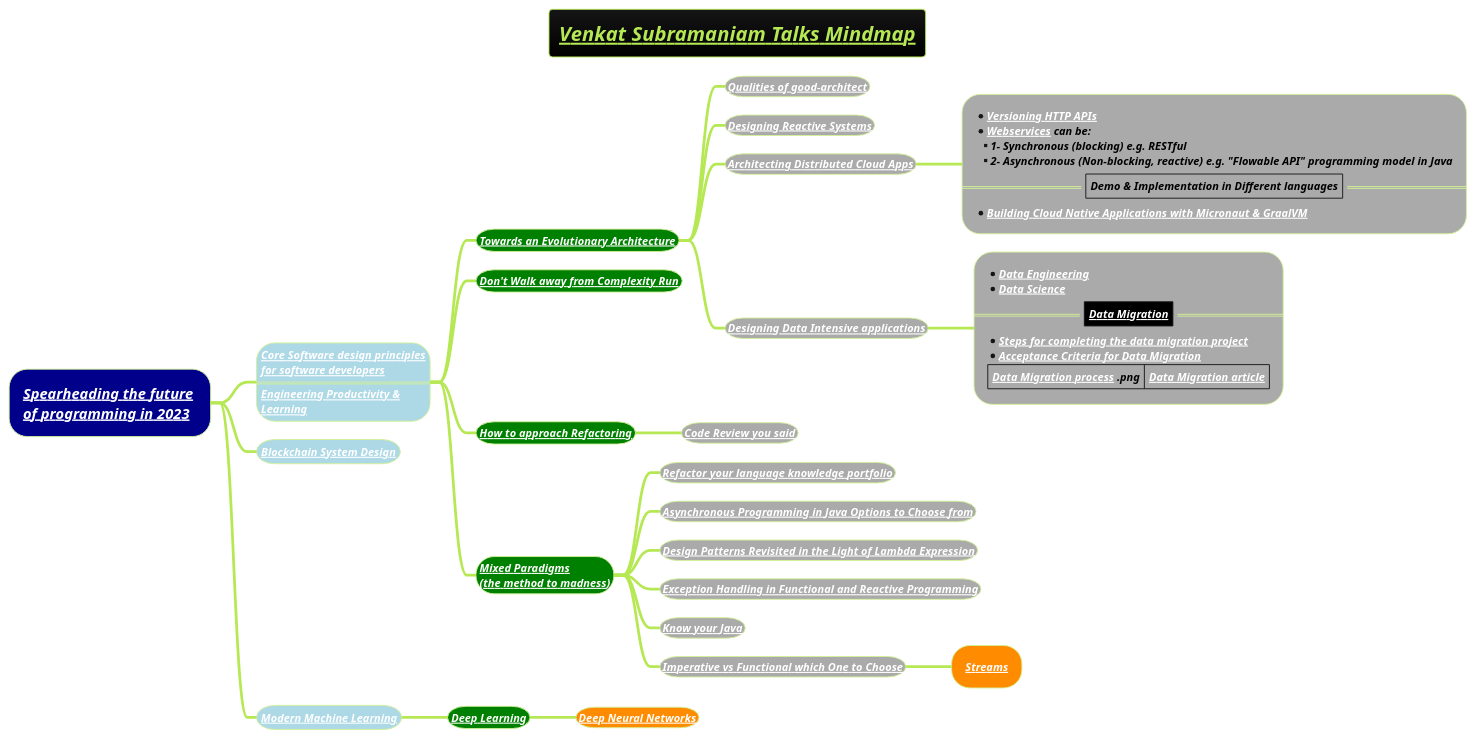
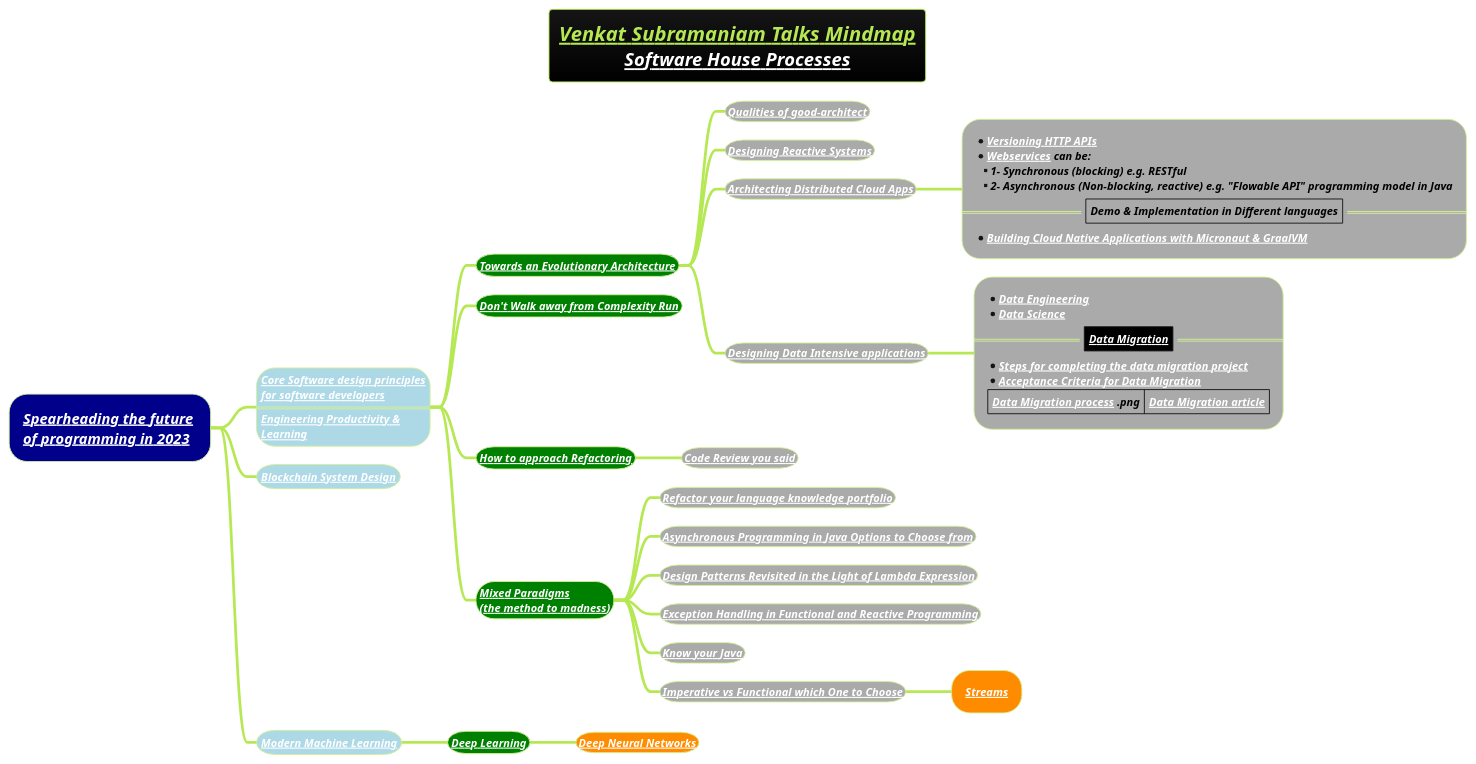
One commit to MehmoodHashmi/Documentation-as-Code-DaC changed the diagram in docs/3-programming-languages/Venkat-Subramaniam/venkat-talks-mindmap.puml. Above: the diagram before and after it, drawn with PlantUML. The commit also changed 6 other files, not shown here.

```diff
--- a/docs/3-programming-languages/Venkat-Subramaniam/venkat-talks-mindmap.puml
+++ b/docs/3-programming-languages/Venkat-Subramaniam/venkat-talks-mindmap.puml
@@ -1,48 +1,48 @@
 @startmindmap
-title =<i><b><u><size:18>Venkat Subramaniam Talks Mindmap
+title =<i><b><u><size:18>Venkat Subramaniam Talks Mindmap \n<i>[[docs/1-business-analyst/client-management/software-house/Software-House-Processes.puml Software House Processes]]
 !theme hacker
 
 *[#darkblue] <i><color #black>[[docs/3-programming-languages/Venkat-Subramaniam/Spearheading-the-future-of-programming-2023.puml Spearheading the future]] \n<i><color #black>[[docs/3-programming-languages/Venkat-Subramaniam/Spearheading-the-future-of-programming-2023.puml of programming in 2023]]
 **[#lightblue]:<color:white><i><size:12>[[docs/3-programming-languages/Venkat-Subramaniam/Core-Software-design-principles-for-software-developers.puml Core Software design principles]]
 <color:white><i><size:12>[[docs/3-programming-languages/Venkat-Subramaniam/Core-Software-design-principles-for-software-developers.puml for software developers]]
 ====
 <b><i><color #black><size:12>[[docs/3-programming-languages/Venkat-Subramaniam/Engineering-Productivity-and-Learning.puml Engineering Productivity &]]
 <b><i><color #black><size:12>[[docs/3-programming-languages/Venkat-Subramaniam/Engineering-Productivity-and-Learning.puml Learning]];
 
 ***[#green] <b><i><color #black><size:12>[[docs/3-programming-languages/Venkat-Subramaniam/Towards-an-Evolutionary-Architecture.puml Towards an Evolutionary Architecture]]
 ****[#a] <b><i><color #black><size:12>[[docs/3-programming-languages/Venkat-Subramaniam/Qualities-of-good-architect.puml Qualities of good-architect]]
 ****[#a] <b><i><color #black><size:12>[[docs/3-programming-languages/Venkat-Subramaniam/Designing-Reactive-Systems.puml Designing Reactive Systems]]
 ****[#a] <b><i><color #black><size:12>[[docs/3-programming-languages/Venkat-Subramaniam/Architecting-Distributed-Cloud-Apps.puml Architecting Distributed Cloud Apps]]
 *****[#a]:*<b><i><color #black><size:12>[[docs/3-programming-languages/Venkat-Subramaniam/Architecting-Distributed-Cloud-Apps.puml Versioning HTTP APIs]]
 *<b><i><color #black><size:12>[[docs/3-programming-languages/Venkat-Subramaniam/webservice.puml Webservices]] can be:
 **<b><i><color #black><size:12>1- Synchronous (blocking) e.g. RESTful
 **<b><i><color #black><size:12>2- Asynchronous (Non-blocking, reactive) e.g. "Flowable API" programming model in Java
 ==|<b><i><color #black><size:12>Demo & Implementation in Different languages|==
 *<b><i><color #black><size:12>[[docs/3-programming-languages/Venkat-Subramaniam/Building-Cloud-Native-Applications-with-Micronaut-and-GraalVM.puml Building Cloud Native Applications with Micronaut & GraalVM]];
 ****[#a] <b><i><color #black><size:12>[[docs/books/1-books-backlog/DBMS/Designing-Data-Intensive-Applications.puml Designing Data Intensive applications]]
 *****[#a]:*<b><i><color #black><size:12>[[docs/AI-ML-DL-Data-Science-and-BigData/data-science/data-engineering/Data-Engineering.puml Data Engineering]]
 *<b><i><color #black><size:12>[[docs/AI-ML-DL-Data-Science-and-BigData/data-science/Data-Science.puml Data Science]]
 ==|<#black><b><i><color #black><size:12>[[docs/AI-ML-DL-Data-Science-and-BigData/data-science/data-or-database-migration/Data-Migration.puml Data Migration]]|==
 *<b><i><color #black><size:12>[[docs/AI-ML-DL-Data-Science-and-BigData/data-science/data-or-database-migration/steps-for-completing-the-data-migration-project.puml Steps for completing the data migration project]]
 *<b><i><color #black><size:12>[[docs/AI-ML-DL-Data-Science-and-BigData/data-science/data-or-database-migration/Acceptance-Criteria-for-Data-Migration.puml Acceptance Criteria for Data Migration]]
 |<b><i><color #black><size:12>[[docs/AI-ML-DL-Data-Science-and-BigData/data-science/data-or-database-migration/images/img_1.png Data Migration process]] .png|<b><i><color #black><size:12>[[https://corporatefinanceinstitute.com/resources/data-science/data-migration/ Data Migration article]]|;
 
 ***[#green] <b><i><color #black><size:12>[[docs/3-programming-languages/Venkat-Subramaniam/Do-not-Walk-Away-From-Complexity-Run.puml Don't Walk away from Complexity Run]]
 ***[#green] <b><i><color #black><size:12>[[docs/3-programming-languages/Venkat-Subramaniam/how-to-approach-refactoring.puml How to approach Refactoring]]
 ****[#a] <b><i><color #black><size:12>[[docs/3-programming-languages/Venkat-Subramaniam/Code-Review-you-said.puml Code Review you said]]
 ***[#green] <b><i><color #black><size:12>[[docs/3-programming-languages/Venkat-Subramaniam/mixed-paradigms-(the-method-to-madness).puml Mixed Paradigms]] \n<b><i><color #black><size:12>[[docs/3-programming-languages/Venkat-Subramaniam/mixed-paradigms-(the-method-to-madness).puml (the method to madness)]]
 ****[#a] <b><i><color #black><size:12>[[docs/3-programming-languages/Venkat-Subramaniam/Refactor-your-language-knowledge-portfolio-(we-are-what-we-can-code-in).puml Refactor your language knowledge portfolio]]
 ****[#a] <b><i><color #black><size:12>[[docs/3-programming-languages/Venkat-Subramaniam/Asynchronous-Programming-in-Java-Options-to-Choose-from.puml Asynchronous Programming in Java Options to Choose from]]
 ****[#a] <b><i><color #black><size:12>[[docs/3-programming-languages/Venkat-Subramaniam/Design-Patterns-revisited-in-the-Light-of-Lambda-Expression.puml Design Patterns Revisited in the Light of Lambda Expression]]
 ****[#a] <b><i><color #black><size:12>[[docs/3-programming-languages/Venkat-Subramaniam/Exception-Handling-in-Functional-and-Reactive-Programming.puml Exception Handling in Functional and Reactive Programming]]
 ****[#a] <b><i><color #black><size:12>[[docs/3-programming-languages/Venkat-Subramaniam/Know-your-java-venkat.puml Know your Java]]
 ****[#a] <b><i><color #black><size:12>[[docs/3-programming-languages/Venkat-Subramaniam/Imperative-vs-Functional-Which-one-to-Choose.puml Imperative vs Functional which One to Choose]]
 *****[#darkorange] <b><i><color #black><size:12>[[docs/3-programming-languages/Venkat-Subramaniam/Streams.puml Streams]]
 
 **[#lightblue] <color:white><i><size:12>[[docs/blockchain/Blockchain-System-Design.puml Blockchain System Design]]
 
 **[#lightblue] <b><i><color #black><size:12>[[docs/AI-ML-DL-Data-Science-and-BigData/machine-learning-ML/Modern-Machine-Learning.puml Modern Machine Learning]]
 ***[#green] <b><i><color #black><size:12>[[docs/AI-ML-DL-Data-Science-and-BigData/machine-learning-ML/3-deep-learning-DL/Deep-Learning.puml Deep Learning]]
 ****[#darkorange] <b><i><color #black><size:12>[[docs/AI-ML-DL-Data-Science-and-BigData/machine-learning-ML/3-deep-learning-DL/Neural-Network-Architecture.puml Deep Neural Networks]]
 
 @endmindmap
```
